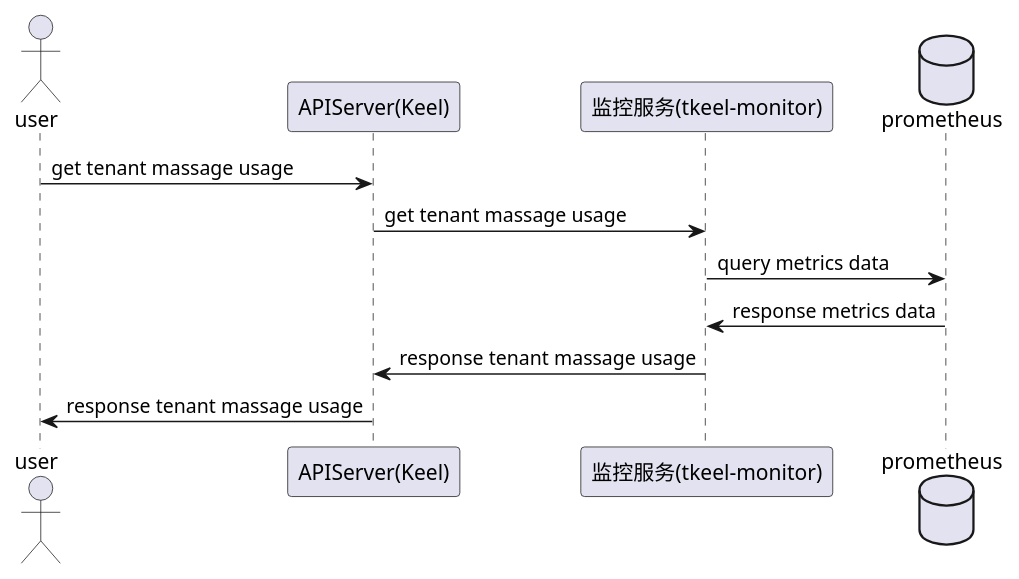
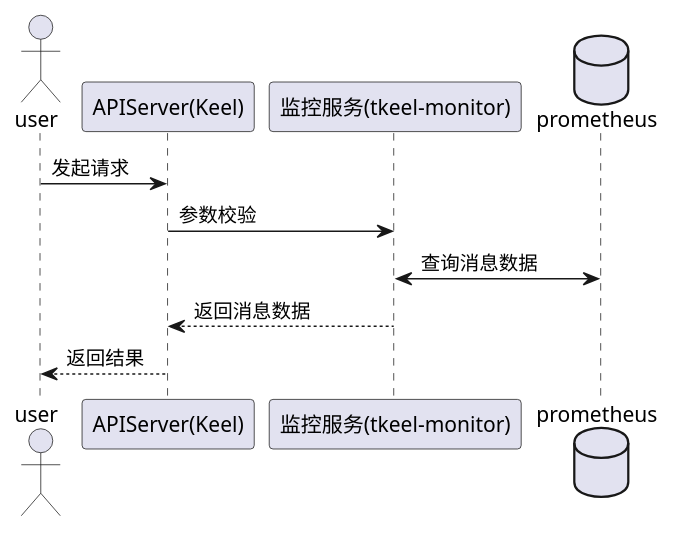
The second of 4 diagrams in docs/api/appendix/plantuml/metrics-monitor.md (tkeel-io/docs), drawn with PlantUML before and after one commit. The commit also changed other lines of this file and 2 other files, not shown here.

````diff
--- a/docs/api/appendix/plantuml/metrics-monitor.md
+++ b/docs/api/appendix/plantuml/metrics-monitor.md
@@ -20,13 +21,15 @@
 ```plantuml
+@startuml
 actor user
 participant "APIServer(Keel)"  as keel
 participant “监控服务(tkeel-monitor)” as tkeelMmonitor
 database prometheus
 
-user->keel: get tenant massage usage
-keel->tkeelMmonitor: get tenant massage usage
-tkeelMmonitor->prometheus: query metrics data 
-prometheus->tkeelMmonitor: response metrics data 
-tkeelMmonitor->keel: response tenant massage usage
-keel->user: response tenant massage usage
+user->keel: 发起请求
+keel->tkeelMmonitor: 参数校验
+tkeelMmonitor<->prometheus: 查询消息数据
+tkeelMmonitor-->keel: 返回消息数据
+keel-->user: 返回结果
+@enduml
+
 ```
````
